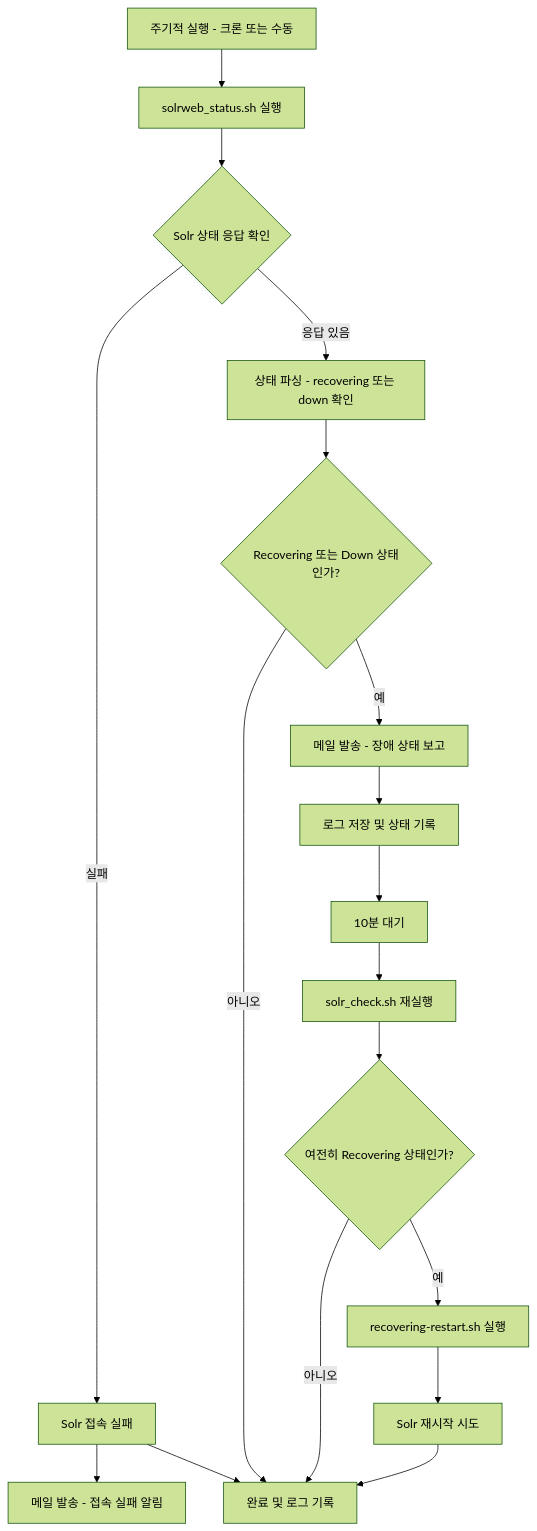
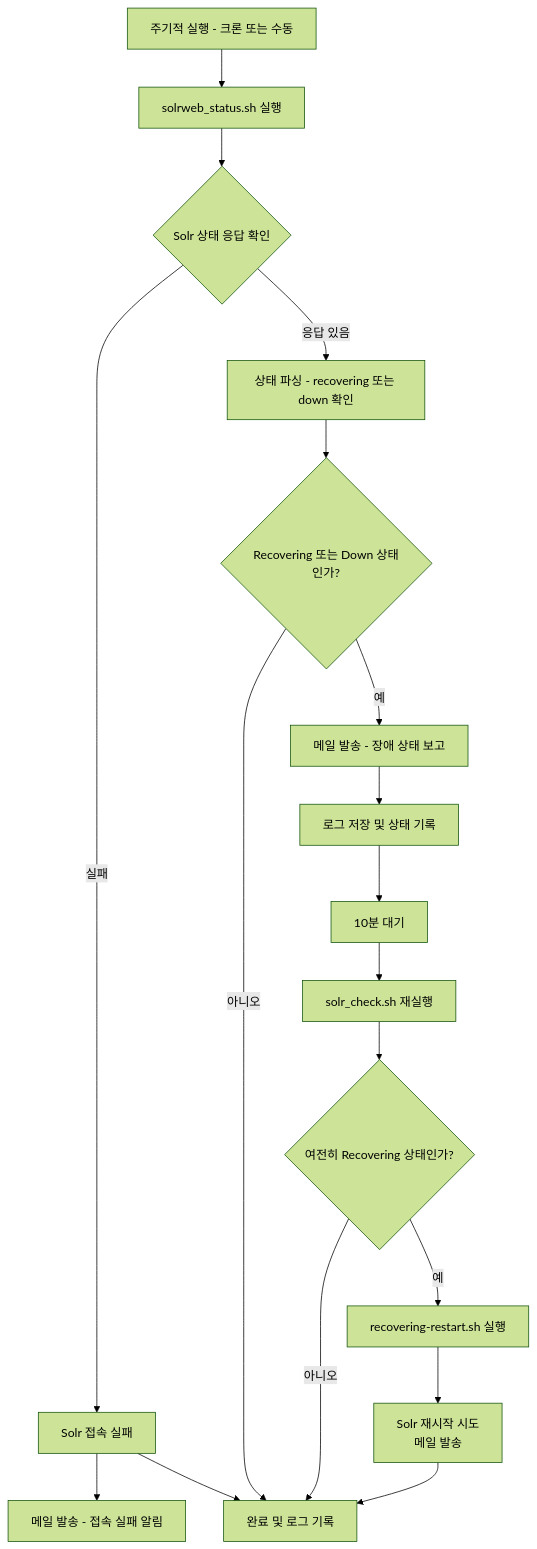
Before and after one commit to QubitSecurity/howto: the diagram in monitering/solr/check/auto-soar.md, drawn with Mermaid (forest theme).

````diff
--- a/monitering/solr/check/auto-soar.md
+++ b/monitering/solr/check/auto-soar.md
@@ -14,24 +14,24 @@
 ```mermaid
 flowchart TD
   A[주기적 실행 - 크론 또는 수동] --> B[solrweb_status.sh 실행]
   B --> C{Solr 상태 응답 확인}
 
   C -- 실패 --> C1[Solr 접속 실패]
   C1 --> C2[메일 발송 - 접속 실패 알림]
   C1 --> Z1[종료]
 
   C -- 응답 있음 --> D[상태 파싱 - recovering 또는 down 확인]
   D --> E1{Recovering 또는 Down 상태인가?}
 
   E1 -- 아니오 --> Z1[정상 상태 - 종료]
   E1 -- 예 --> F[메일 발송 - 장애 상태 보고]
   F --> G[로그 저장 및 상태 기록]
   G --> H[10분 대기]
   H --> I[solr_check.sh 재실행]
 
   I --> J{여전히 Recovering 상태인가?}
   J -- 아니오 --> Z1[일시적 장애 - 종료]
   J -- 예 --> K[recovering-restart.sh 실행]
-  K --> L[Solr 재시작 시도]
+  K --> L[Solr 재시작 시도 <br> 메일 발송]
   L --> Z1[완료 및 로그 기록]
 ```
````
